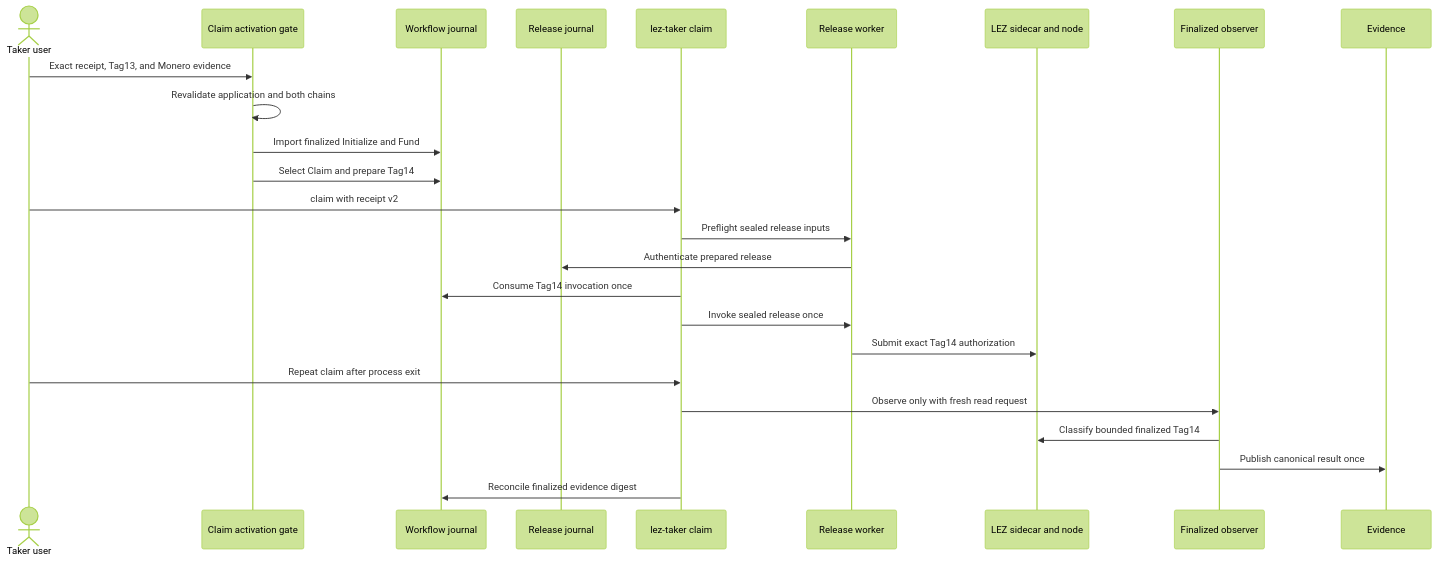
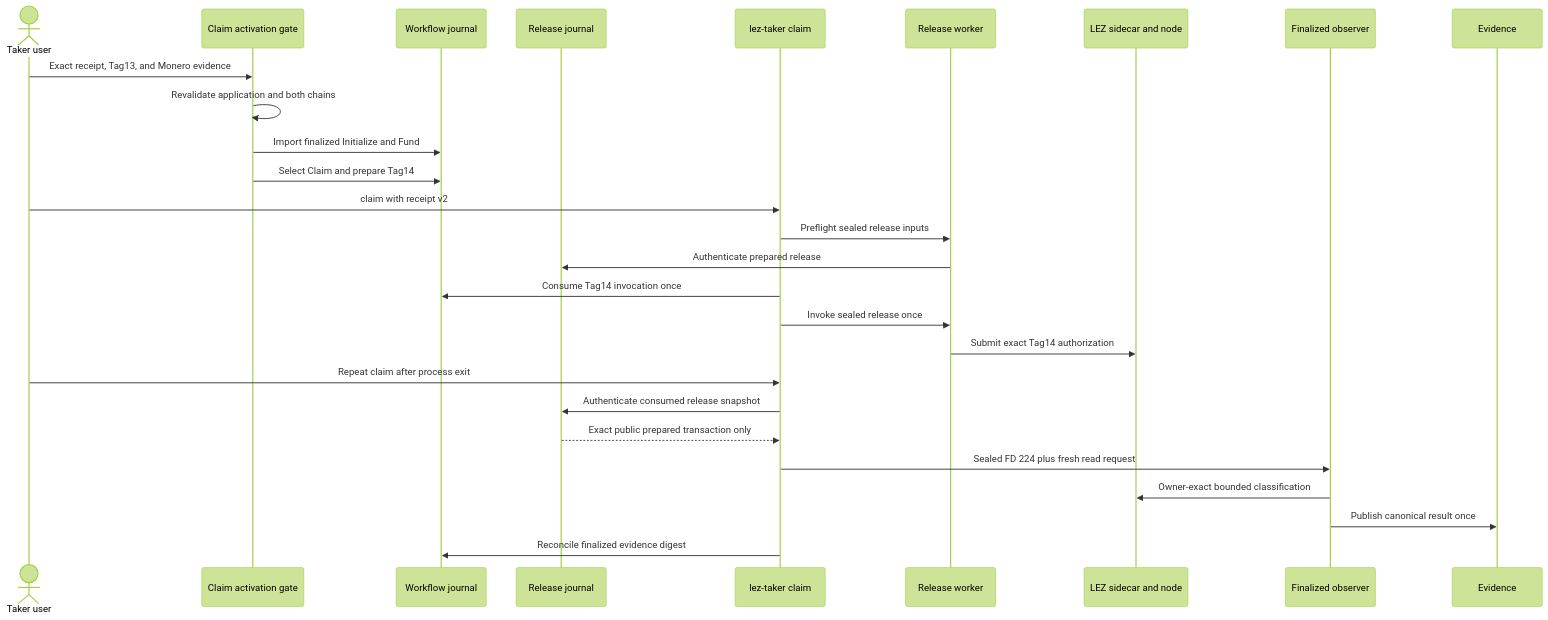
One commit to gateway-fm/lez-atomic-swaps changed the second of 2 diagrams in docs/architecture/0173-activate-and-observe-taker-tag14-from-receipt-v2.md. Above: the diagram before and after it, drawn with Mermaid (forest theme). The commit also changed other lines of this file and 8 other files, not shown here.

Commit message:
fix(m7): observe exact owner tag14 transaction

````diff
--- a/docs/architecture/0173-activate-and-observe-taker-tag14-from-receipt-v2.md
+++ b/docs/architecture/0173-activate-and-observe-taker-tag14-from-receipt-v2.md
@@ -54,27 +61,29 @@
 ```mermaid
 sequenceDiagram
     actor User as Taker user
     participant Gate as Claim activation gate
     participant W as Workflow journal
     participant R as Release journal
     participant CLI as lez-taker claim
     participant S as Release worker
     participant L as LEZ sidecar and node
     participant O as Finalized observer
 
     User->>Gate: Exact receipt, Tag13, and Monero evidence
     Gate->>Gate: Revalidate application and both chains
     Gate->>W: Import finalized Initialize and Fund
     Gate->>W: Select Claim and prepare Tag14
     User->>CLI: claim with receipt v2
     CLI->>S: Preflight sealed release inputs
     S->>R: Authenticate prepared release
     CLI->>W: Consume Tag14 invocation once
     CLI->>S: Invoke sealed release once
     S->>L: Submit exact Tag14 authorization
     User->>CLI: Repeat claim after process exit
-    CLI->>O: Observe only with fresh read request
-    O->>L: Classify bounded finalized Tag14
+    CLI->>R: Authenticate consumed release snapshot
+    R-->>CLI: Exact public prepared transaction only
+    CLI->>O: Sealed FD 224 plus fresh read request
+    O->>L: Owner-exact bounded classification
     O->>Evidence: Publish canonical result once
     CLI->>W: Reconcile finalized evidence digest
 ```
````
